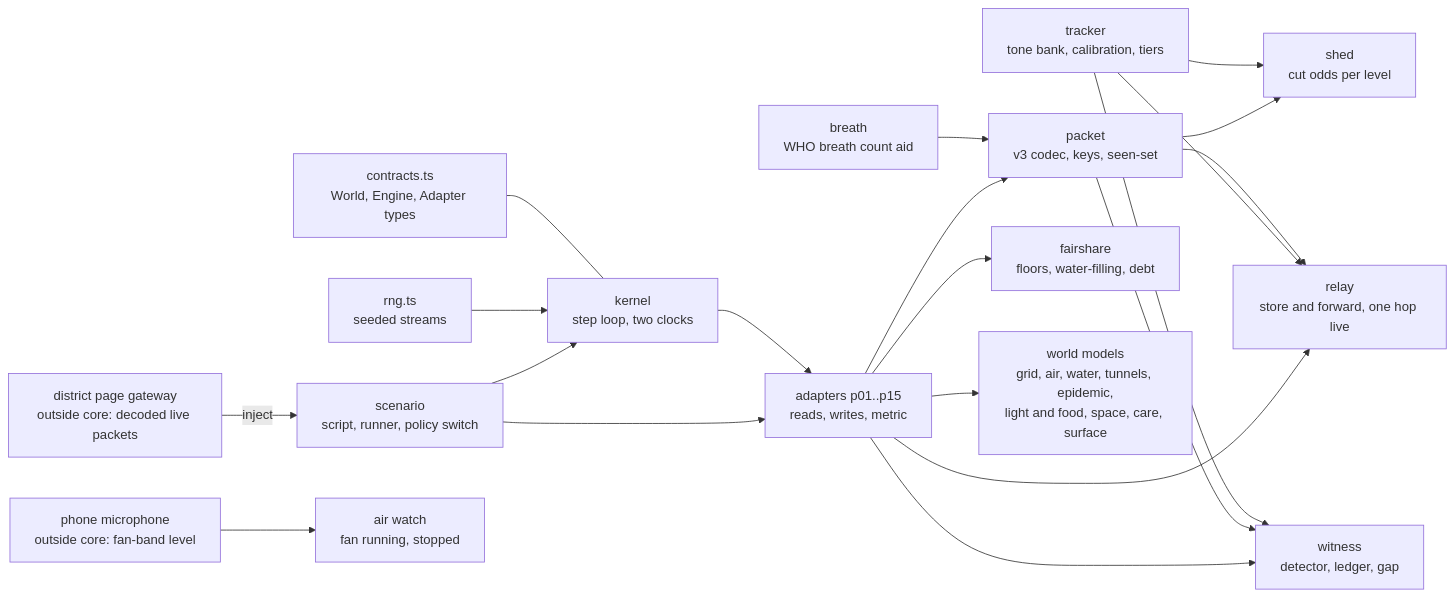
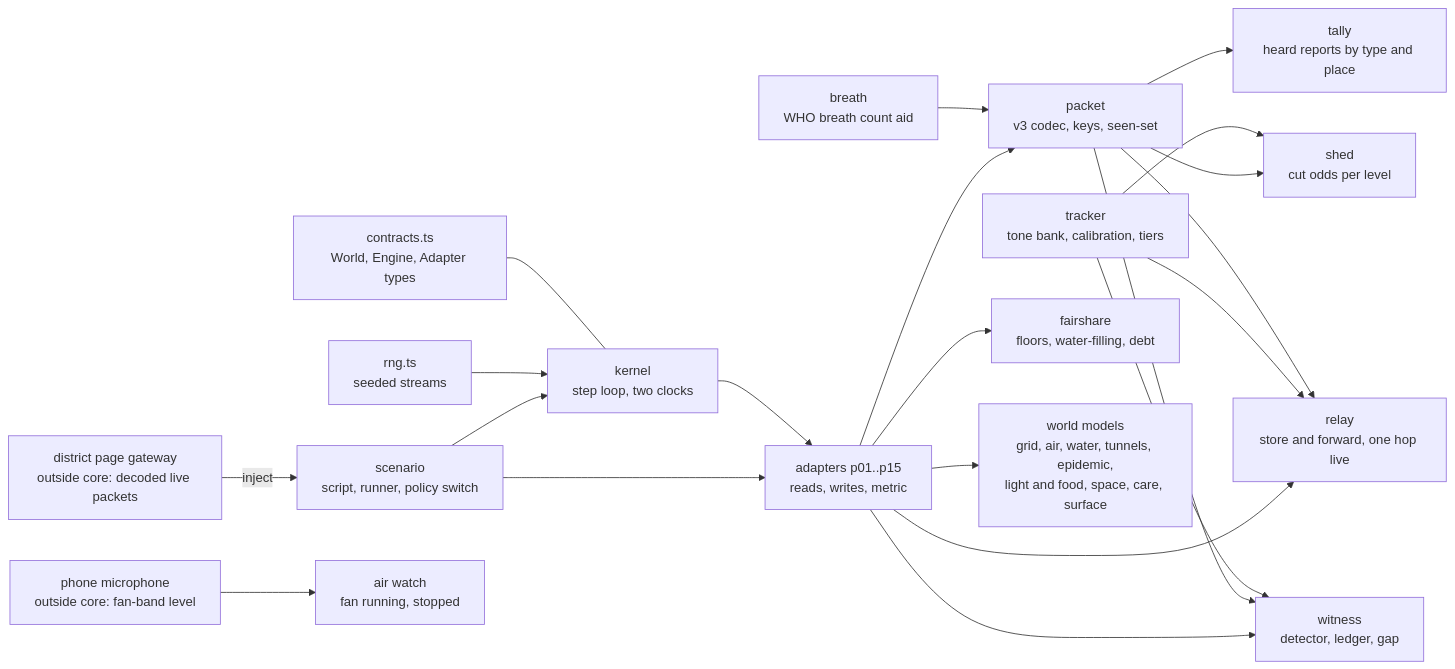
The diagram in docs/high-level-design.md (royalgillz/stratum), drawn with Mermaid before and after one commit. The commit also changed other lines of this file and 30 other files, not shown here.

First line of the commit message:
Heard reports review: drop the problem 12 claim (food is a NEED), browser-only note on coverage rows, tally count limits

````diff
--- a/docs/high-level-design.md
+++ b/docs/high-level-design.md
@@ -46,22 +46,23 @@
 ```mermaid
 flowchart LR
   C[contracts.ts<br/>World, Engine, Adapter types] --- K
   R[rng.ts<br/>seeded streams] --> K[kernel<br/>step loop, two clocks]
   T[tracker<br/>tone bank, calibration, tiers] --> W[witness<br/>detector, ledger, gap]
   P[packet<br/>v3 codec, keys, seen-set] --> W
   T --> S[shed<br/>cut odds per level]
   P --> S
   P --> RL[relay<br/>store and forward, one hop live]
+  P --> TL[tally<br/>heard reports by type and place]
   T --> RL
   B[breath<br/>WHO breath count aid] --> P
   K --> A[adapters p01..p15<br/>reads, writes, metric]
   A --> W
   A --> F[fairshare<br/>floors, water-filling, debt]
   A --> P
   A --> RL
   A --> WM[world models<br/>grid, air, water, tunnels, epidemic,<br/>light and food, space, care, surface]
   SC[scenario<br/>script, runner, policy switch] --> K
   SC --> A
   G[district page gateway<br/>outside core: decoded live packets] -->|inject| SC
   M[phone microphone<br/>outside core: fan-band level] --> AW[air watch<br/>fan running, stopped]
 ```
````
